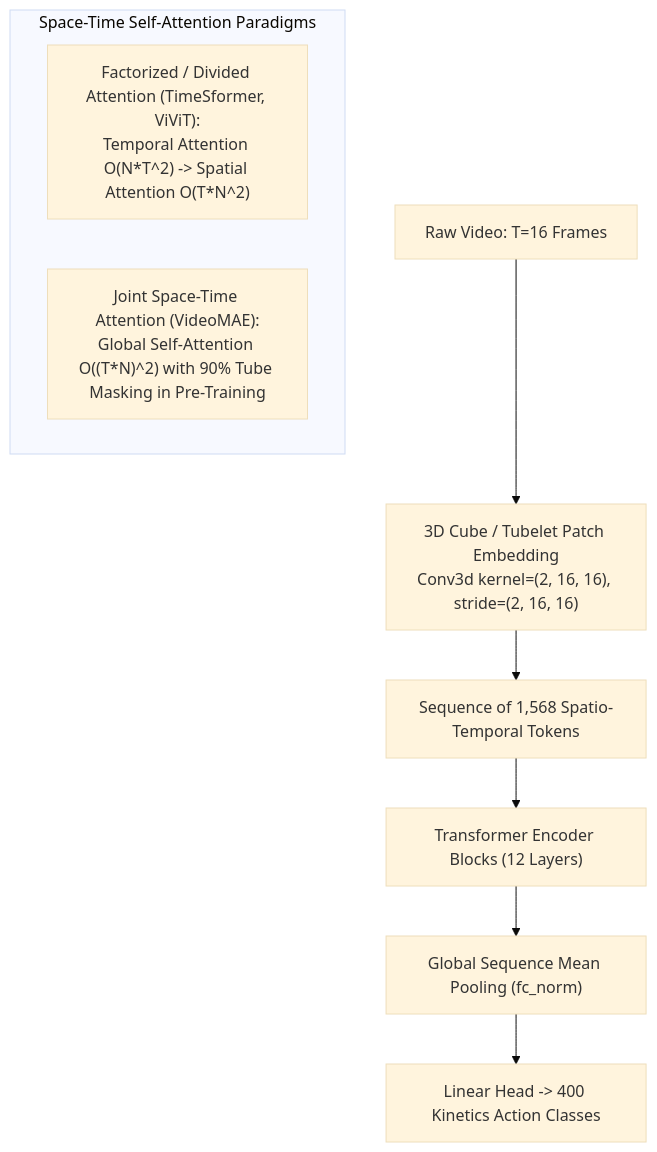
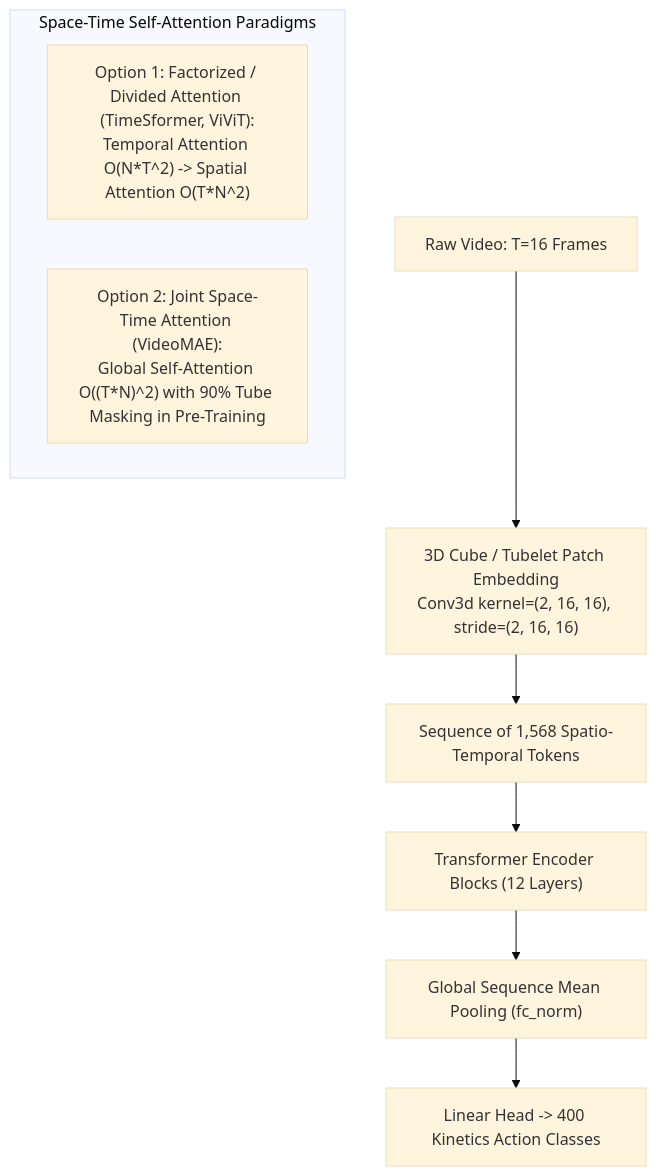
The third of 3 diagrams in video-understanding-lab/docs/03_video_transformer_inference.md (ghif/IF5152), drawn with Mermaid (base theme) before and after one commit. The commit also changed other lines of this file, not shown here.

Commit message:
Enrich Session 3 notes with architectural triad (CNN vs RNN vs Transformer) and ViT vs VideoMAE comparisons

````diff
--- a/video-understanding-lab/docs/03_video_transformer_inference.md
+++ b/video-understanding-lab/docs/03_video_transformer_inference.md
@@ -33,12 +164,12 @@
 ```mermaid
 flowchart TD
     V["Raw Video: T=16 Frames"] --> Tub["3D Cube / Tubelet Patch Embedding<br/>Conv3d kernel=(2, 16, 16), stride=(2, 16, 16)"]
     Tub --> Tok["Sequence of 1,568 Spatio-Temporal Tokens"]
     Tok --> TA["Transformer Encoder Blocks (12 Layers)"]
     subgraph AttentionBlock ["Space-Time Self-Attention Paradigms"]
-        TA1["Factorized / Divided Attention (TimeSformer, ViViT):<br/>Temporal Attention O(N*T^2) -> Spatial Attention O(T*N^2)"]
-        TA2["Joint Space-Time Attention (VideoMAE):<br/>Global Self-Attention O((T*N)^2) with 90% Tube Masking in Pre-Training"]
+        TA1["Option 1: Factorized / Divided Attention (TimeSformer, ViViT):<br/>Temporal Attention O(N*T^2) -> Spatial Attention O(T*N^2)"]
+        TA2["Option 2: Joint Space-Time Attention (VideoMAE):<br/>Global Self-Attention O((T*N)^2) with 90% Tube Masking in Pre-Training"]
     end
     TA --> Pool["Global Sequence Mean Pooling (fc_norm)"]
     Pool --> Head["Linear Head -> 400 Kinetics Action Classes"]
 ```
````
